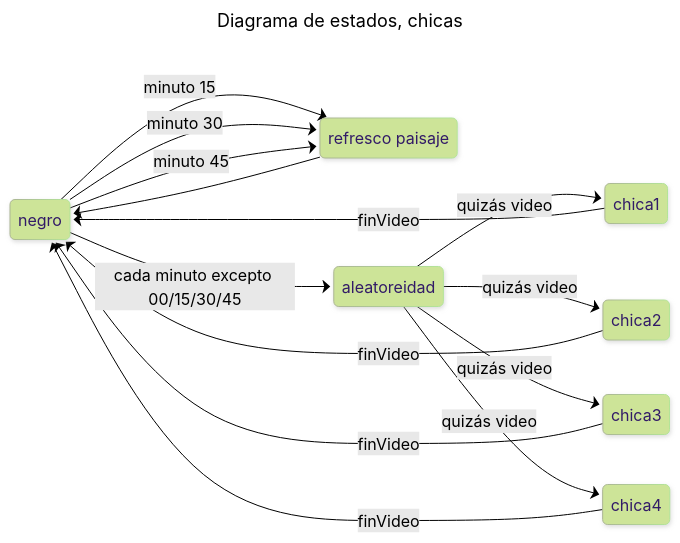
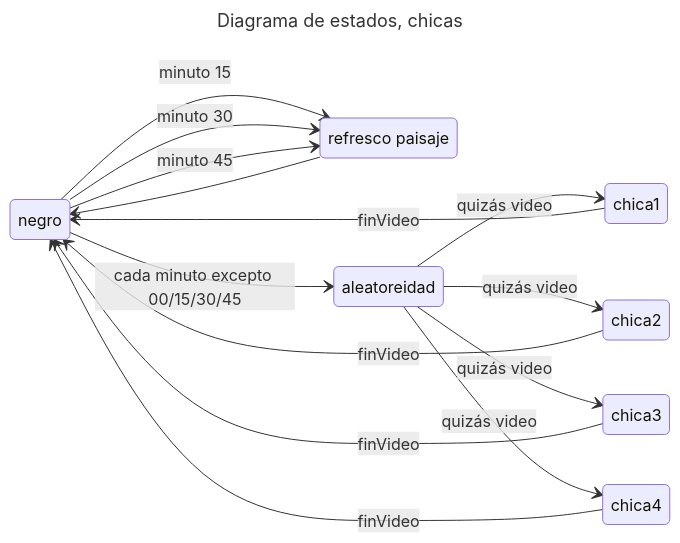
The fifth of 5 diagrams in README.md (piruetasxyz/2025-expo-diseno-udp-montecarmelo), drawn with Mermaid before and after one commit.

Commit message:
menos config en mermaid

````diff
--- a/README.md
+++ b/README.md
@@ -270,28 +270,25 @@
 ```mermaid
 ---
 config:
   layout: dagre
-  look: neo
-  theme: forest
 title: Diagrama de estados, chicas
 ---
 stateDiagram
   direction LR
   estadoNegro --> estadoRefrescoPaisaje:minuto 15
   estadoNegro --> estadoRefrescoPaisaje:minuto 30
   estadoNegro --> estadoRefrescoPaisaje:minuto 45
   estadoRefrescoPaisaje --> estadoNegro
   estadoNegro --> estadoAleatorio:cada minuto excepto 00/15/30/45
   estadoAleatorio --> chica1:quizás video
   estadoAleatorio --> chica2:quizás video
   estadoAleatorio --> chica3:quizás video
   estadoAleatorio --> chica4:quizás video
   chica1 --> estadoNegro:finVideo
   chica2 --> estadoNegro:finVideo
   chica3 --> estadoNegro:finVideo
   chica4 --> estadoNegro:finVideo
   estadoNegro:negro
   estadoRefrescoPaisaje:refresco paisaje
   estadoAleatorio:aleatoreidad
-
 ```
````
